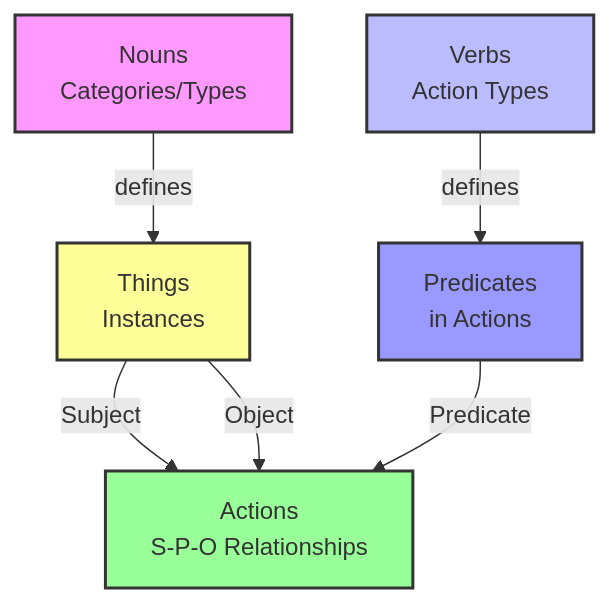
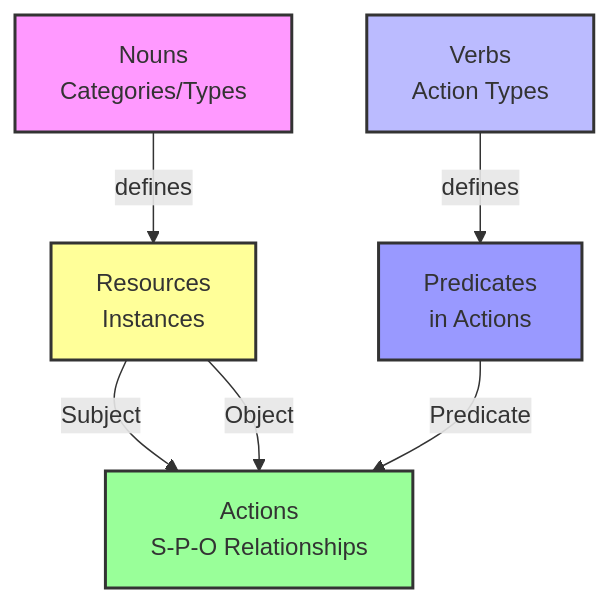
Before and after one commit to drivly/ai: the second of 2 diagrams in content/data/index.mdx, drawn with Mermaid. The commit also changed other lines of this file, not shown here.

Commit message:
fix: update data overview to use Resources instead of Things

````diff
--- a/content/data/index.mdx
+++ b/content/data/index.mdx
@@ -32,14 +32,14 @@
 ```mermaid
 graph TD
-    Nouns[Nouns<br/>Categories/Types] -->|defines| Things[Things<br/>Instances]
+    Nouns[Nouns<br/>Categories/Types] -->|defines| Resources[Resources<br/>Instances]
     Verbs[Verbs<br/>Action Types] -->|defines| Predicates[Predicates<br/>in Actions]
-    Things -->|Subject| Actions[Actions<br/>S-P-O Relationships]
+    Resources -->|Subject| Actions[Actions<br/>S-P-O Relationships]
     Predicates -->|Predicate| Actions
-    Things -->|Object| Actions
+    Resources -->|Object| Actions
     
     style Nouns fill:#f9f,stroke:#333,stroke-width:2px
     style Verbs fill:#bbf,stroke:#333,stroke-width:2px
-    style Things fill:#ff9,stroke:#333,stroke-width:2px
+    style Resources fill:#ff9,stroke:#333,stroke-width:2px
     style Actions fill:#9f9,stroke:#333,stroke-width:2px
     style Predicates fill:#99f,stroke:#333,stroke-width:2px
 ```
````
